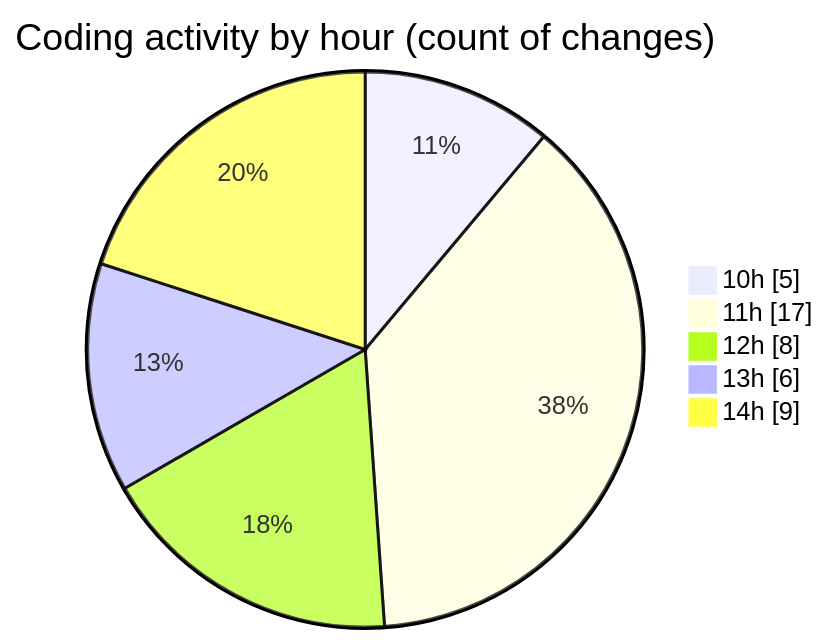
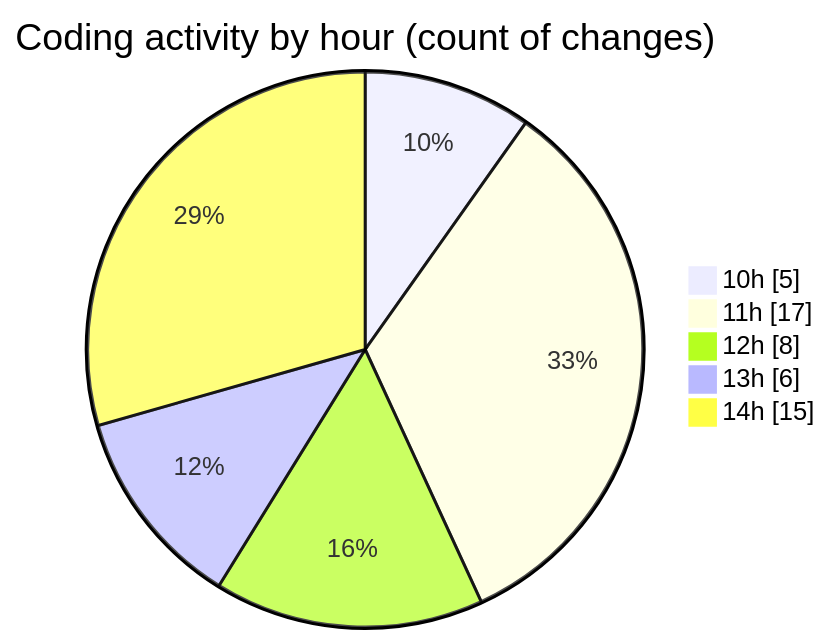
The second of 2 diagrams in 2025-05-05/ecodeli/README.md (CELIANVF/code-tracking), drawn with Mermaid before and after one commit. The commit also changed other lines of this file and 1 other file, not shown here.

````diff
--- a/2025-05-05/ecodeli/README.md
+++ b/2025-05-05/ecodeli/README.md
@@ -54,9 +56,9 @@
 ```mermaid
 pie showData
 title Coding activity by hour (count of changes)
 "10h" : 5
 "11h" : 17
 "12h" : 8
 "13h" : 6
-"14h" : 9
+"14h" : 15
 ```
````
